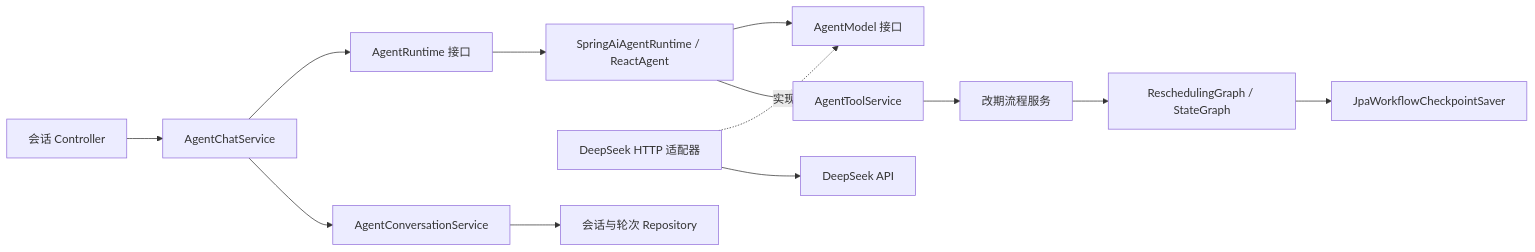
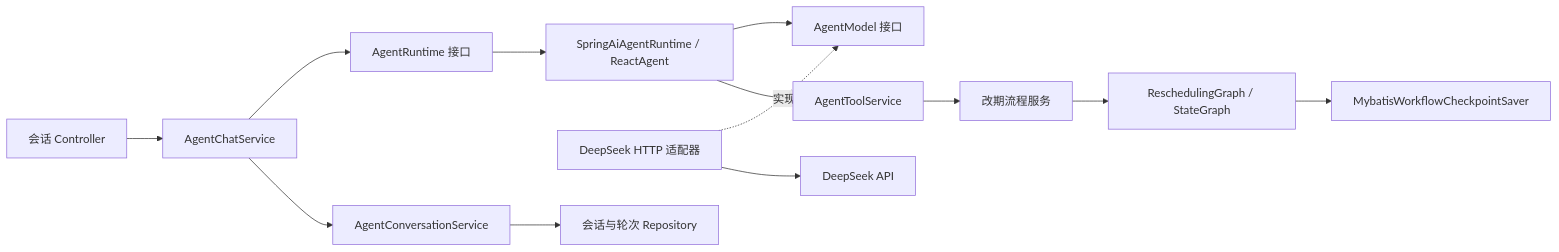
Before and after one commit to op1ed/appointment-manager: the second of 2 diagrams in docs/architecture.md, drawn with Mermaid. The commit also changed other lines of this file and 74 other files, not shown here.

````diff
--- a/docs/architecture.md
+++ b/docs/architecture.md
@@ -190,15 +192,15 @@
 ```mermaid
 flowchart LR
     WEB[会话 Controller] --> CHAT[AgentChatService]
     CHAT --> RUNTIME[AgentRuntime 接口]
     RUNTIME --> REACT[SpringAiAgentRuntime / ReactAgent]
     REACT --> PORT[AgentModel 接口]
     ADAPTER[DeepSeek HTTP 适配器] -. 实现 .-> PORT
     ADAPTER --> REMOTE[DeepSeek API]
     REACT --> TOOLS[AgentToolService]
     TOOLS --> FLOW[改期流程服务]
     FLOW --> GRAPH[ReschedulingGraph / StateGraph]
-    GRAPH --> CHECKPOINT[JpaWorkflowCheckpointSaver]
+    GRAPH --> CHECKPOINT[MybatisWorkflowCheckpointSaver]
     CHAT --> STORE[AgentConversationService]
     STORE --> TABLES[会话与轮次 Repository]
 ```
````
